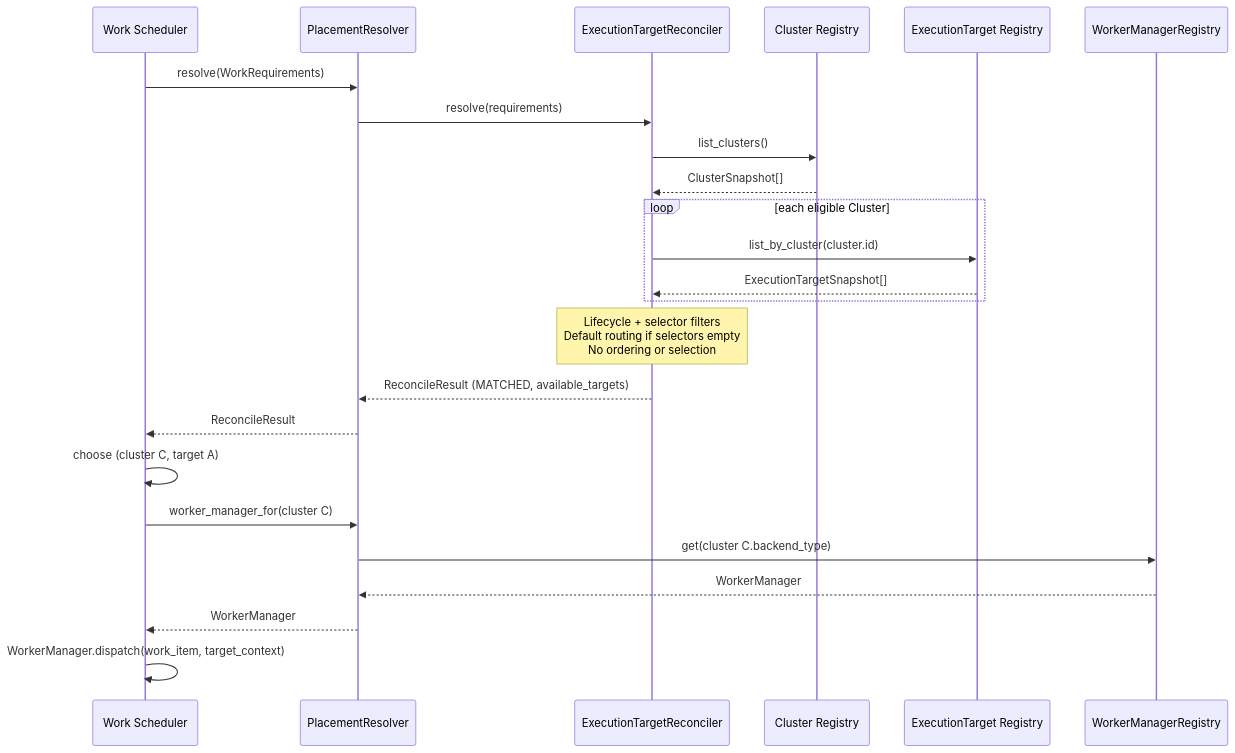
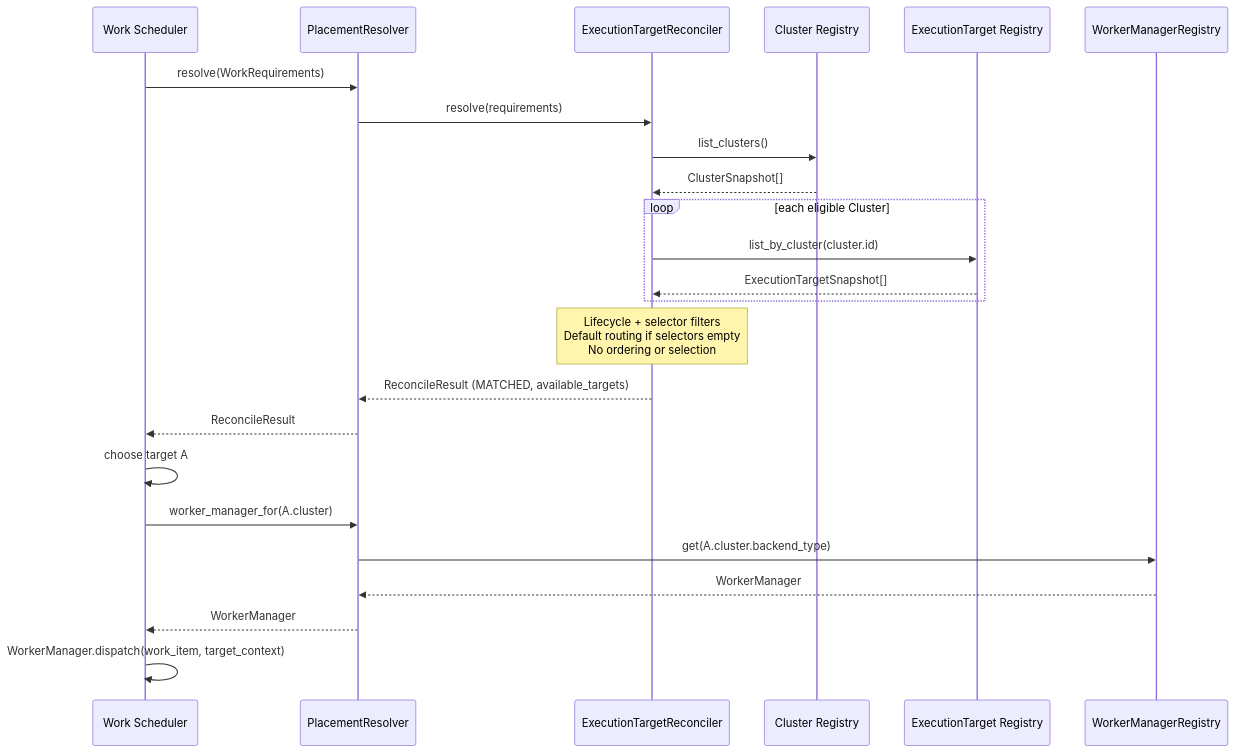
Before and after one commit to syntara-orchestration/syntara: the second of 3 diagrams in backend/docs/execution-plane/executiontarget-reconciler.md, drawn with Mermaid. The commit also changed other lines of this file, not shown here.

First line of the commit message:
docs(AAP-92721): flatten eligible targets onto ExecutionTargetSnapshot

````diff
--- a/backend/docs/execution-plane/executiontarget-reconciler.md
+++ b/backend/docs/execution-plane/executiontarget-reconciler.md
@@ -472,27 +478,27 @@
 ```mermaid
 sequenceDiagram
     participant S as Work Scheduler
     participant PR as PlacementResolver
     participant R as ExecutionTargetReconciler
     participant CR as Cluster Registry
     participant TR as ExecutionTarget Registry
     participant WM as WorkerManagerRegistry
 
     S->>PR: resolve(WorkRequirements)
     PR->>R: resolve(requirements)
     R->>CR: list_clusters()
     CR-->>R: ClusterSnapshot[]
     loop each eligible Cluster
         R->>TR: list_by_cluster(cluster.id)
         TR-->>R: ExecutionTargetSnapshot[]
     end
     Note over R: Lifecycle + selector filters<br/>Default routing if selectors empty<br/>No ordering or selection
     R-->>PR: ReconcileResult (MATCHED, available_targets)
     PR-->>S: ReconcileResult
-    S->>S: choose (cluster C, target A)
-    S->>PR: worker_manager_for(cluster C)
-    PR->>WM: get(cluster C.backend_type)
+    S->>S: choose target A
+    S->>PR: worker_manager_for(A.cluster)
+    PR->>WM: get(A.cluster.backend_type)
     WM-->>PR: WorkerManager
     PR-->>S: WorkerManager
     S->>S: WorkerManager.dispatch(work_item, target_context)
 ```
````
